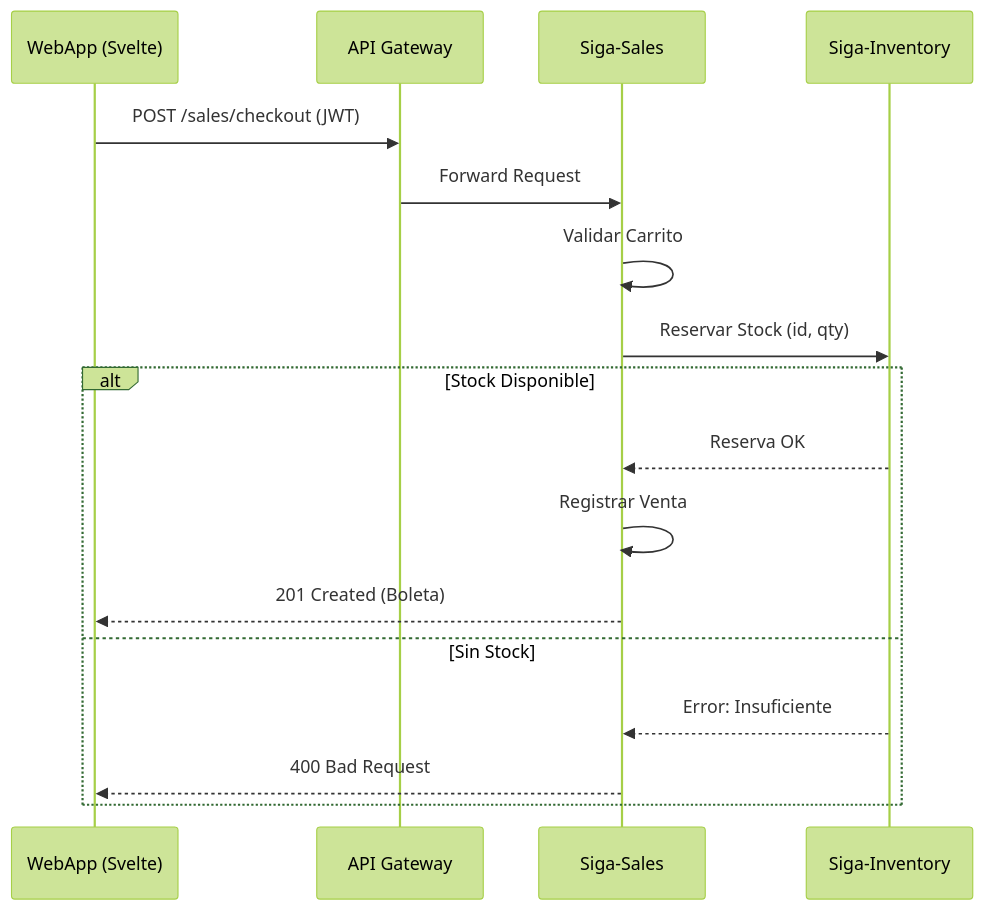
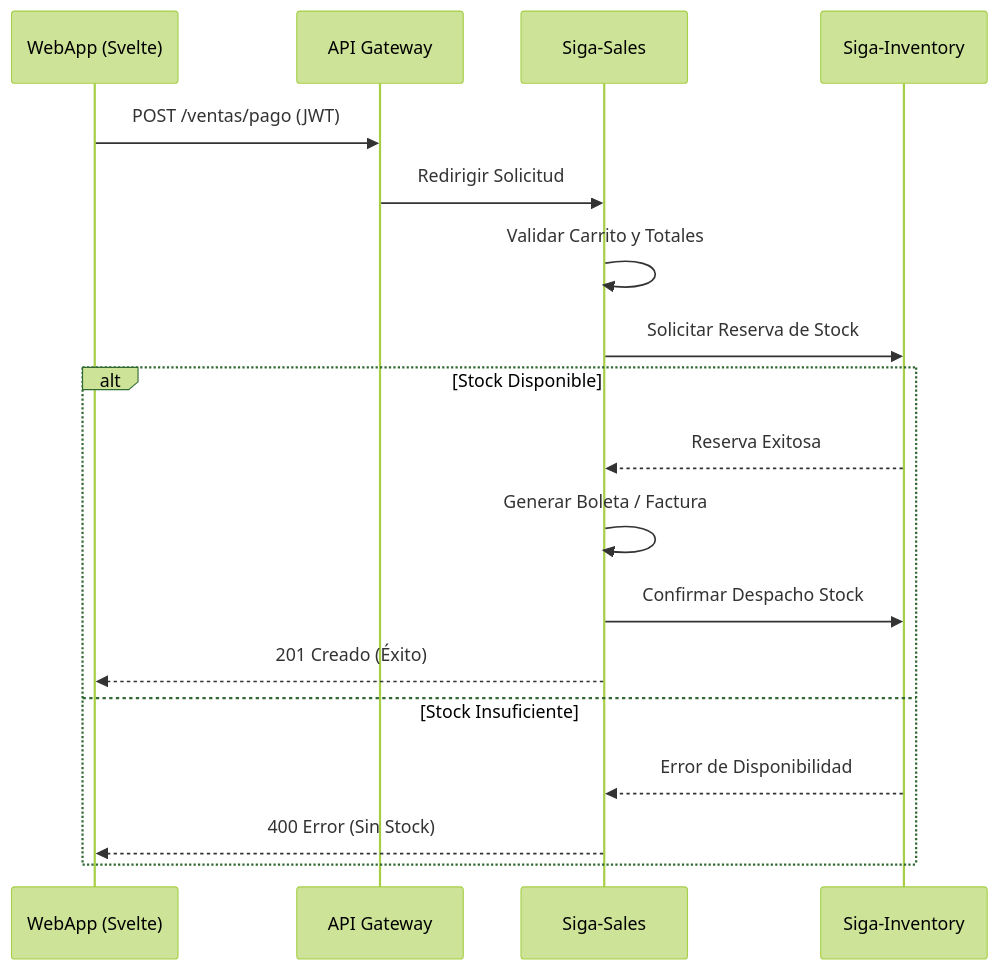
One commit to HecAguilaV/SIGA changed the first of 2 diagrams in docs/technical-room/es/04-PROCESS-VIEW.mdx. Above: the diagram before and after it, drawn with Mermaid (forest theme). The commit also changed other lines of this file and 11 other files, not shown here.

Commit message:
docs: arquitectura técnica 4+1 bilingüe final - alto contraste y accesibilidad / final 4+1 bilingual technical architecture - high contrast and accessibility

````diff
--- a/docs/technical-room/es/04-PROCESS-VIEW.mdx
+++ b/docs/technical-room/es/04-PROCESS-VIEW.mdx
@@ -11,20 +11,22 @@
 ```mermaid
 sequenceDiagram
     participant Web as WebApp (Svelte)
     participant GT as API Gateway
-    participant Sales as Siga-Sales
+    participant Ventas as Siga-Sales
     participant Inv as Siga-Inventory
 
-    Web->>GT: POST /sales/checkout (JWT)
-    GT->>Sales: Forward Request
-    Sales->>Sales: Validar Carrito
-    Sales->>Inv: Reservar Stock (id, qty)
+    Web->>GT: POST /ventas/pago (JWT)
+    GT->>Ventas: Redirigir Solicitud
+    Ventas->>Ventas: Validar Carrito y Totales
+    Ventas->>Inv: Solicitar Reserva de Stock
+    
     alt Stock Disponible
-        Inv-->>Sales: Reserva OK
-        Sales->>Sales: Registrar Venta
-        Sales-->>Web: 201 Created (Boleta)
-    else Sin Stock
-        Inv-->>Sales: Error: Insuficiente
-        Sales-->>Web: 400 Bad Request
+        Inv-->>Ventas: Reserva Exitosa
+        Ventas->>Ventas: Generar Boleta / Factura
+        Ventas->>Inv: Confirmar Despacho Stock
+        Ventas-->>Web: 201 Creado (Éxito)
+    else Stock Insuficiente
+        Inv-->>Ventas: Error de Disponibilidad
+        Ventas-->>Web: 400 Error (Sin Stock)
     end
 ```
````
